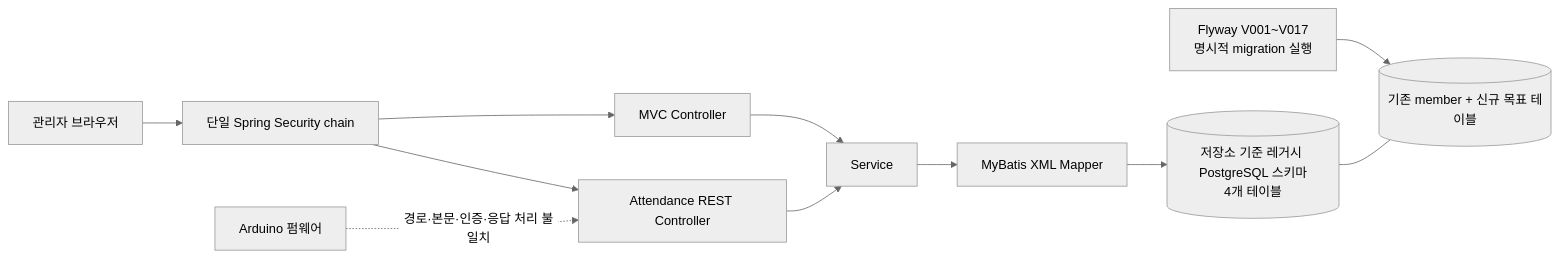
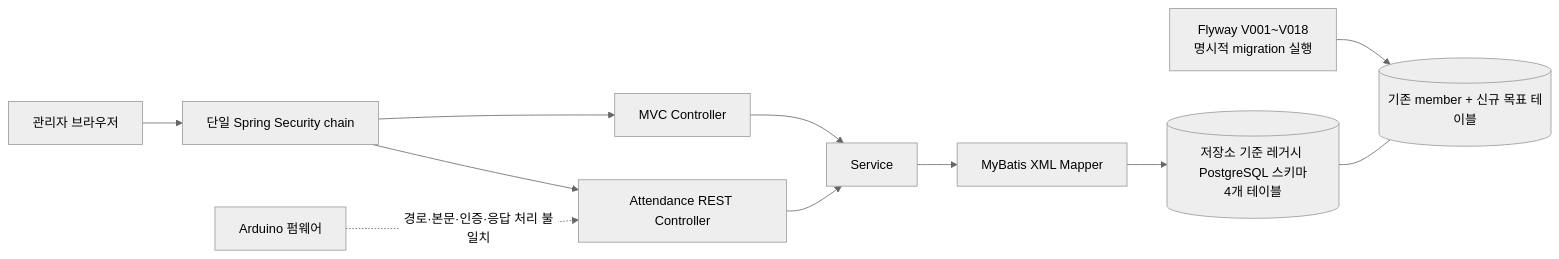
One commit to jinhokingofworld/attend changed the first of 6 diagrams in docs/ARCHITECTURE.md. Above: the diagram before and after it, drawn with Mermaid (neutral theme). The commit also changed other lines of this file and 20 other files, not shown here.

````diff
--- a/docs/ARCHITECTURE.md
+++ b/docs/ARCHITECTURE.md
@@ -121,13 +121,13 @@
 ```mermaid
 flowchart LR
     B["관리자 브라우저"] --> SC["단일 Spring Security chain"]
     SC --> MVC["MVC Controller"]
     SC --> API["Attendance REST Controller"]
     MVC --> S["Service"]
     API --> S
     S --> M["MyBatis XML Mapper"]
     M --> LDB[("저장소 기준 레거시 PostgreSQL 스키마<br>4개 테이블")]
-    FLY["Flyway V001~V017<br>명시적 migration 실행"] --> TDB[("기존 member + 신규 목표 테이블")]
+    FLY["Flyway V001~V018<br>명시적 migration 실행"] --> TDB[("기존 member + 신규 목표 테이블")]
     LDB --- TDB
     NFC["Arduino 펌웨어"] -. "경로·본문·인증·응답 처리 불일치" .-> API
 ```
````
